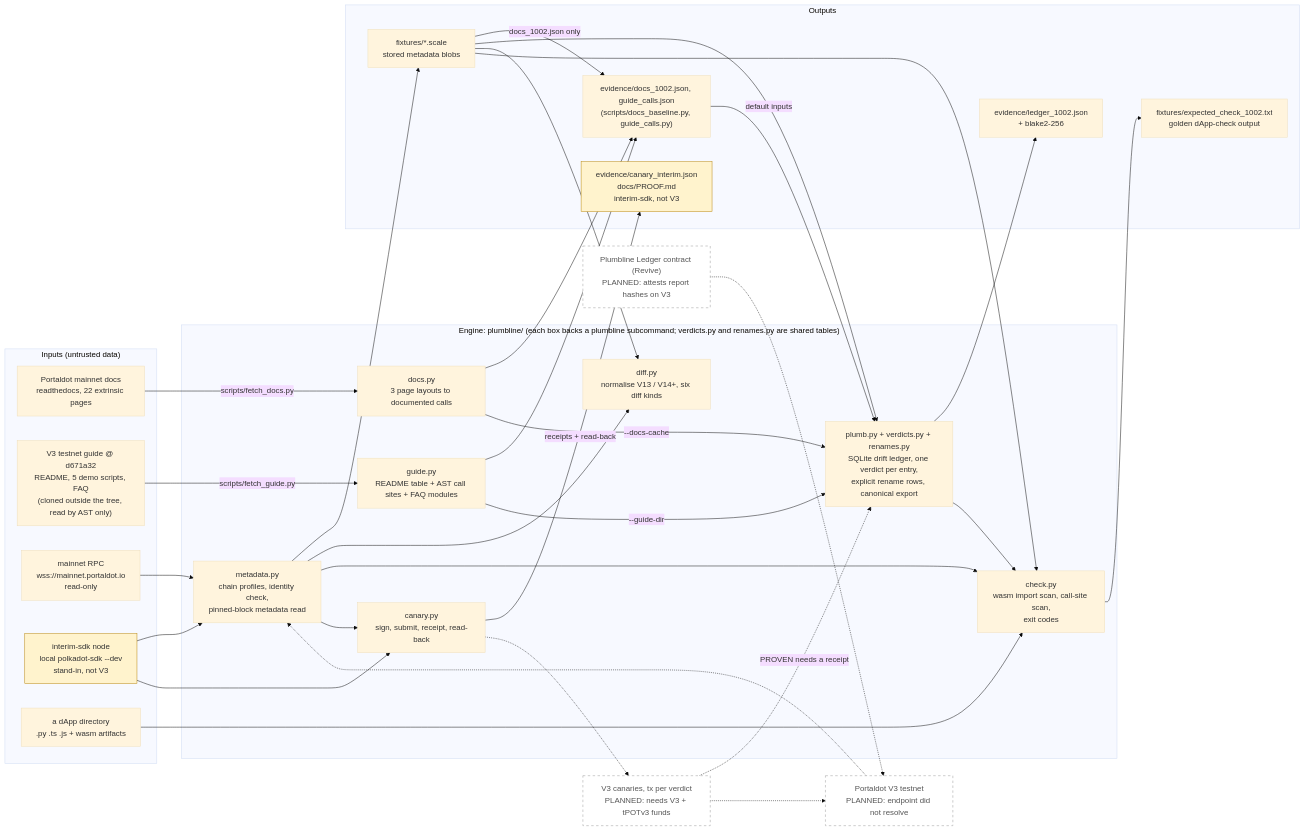
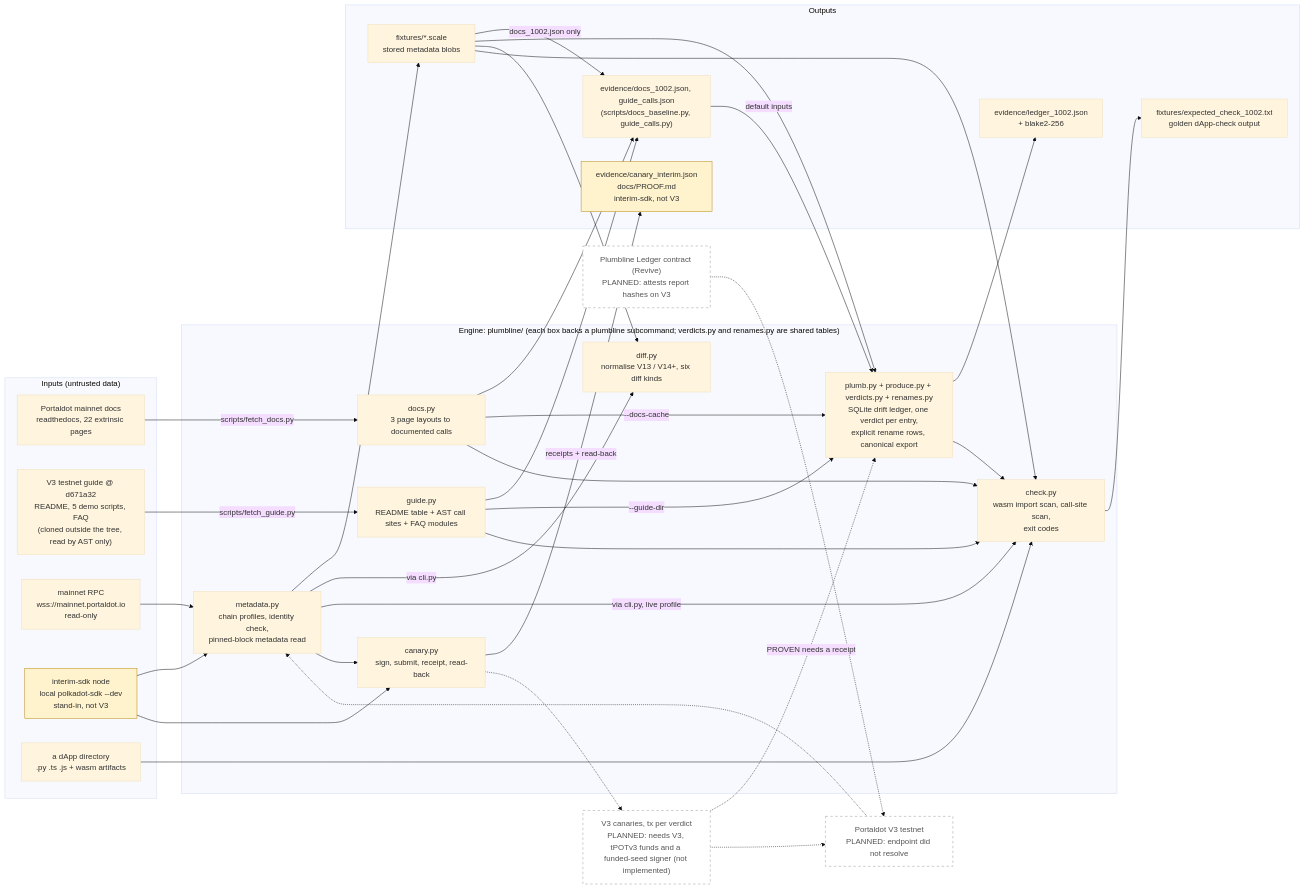
Before and after one commit to edycutjong/portaldot-hackathon-2026-plumbline-edycu: the diagram in README.md, drawn with Mermaid (base theme). The commit also changed other lines of this file and 2 other files, not shown here.

Commit message:
docs: round-3 review fixes — check/diff described as classification with stated limits, wasm-cell exception disclosed, guide-text claim scoped to HEAD, stand-in receipt wording, diagram gains check<-docs/guide edges and produce.py, V3 canary signer marked not implemented

````diff
--- a/README.md
+++ b/README.md
@@ -74,66 +77,68 @@
 ```mermaid
 flowchart LR
     subgraph IN["Inputs (untrusted data)"]
         RTD["Portaldot mainnet docs<br/>readthedocs, 22 extrinsic pages"]
         GD["V3 testnet guide @ d671a32<br/>README, 5 demo scripts, FAQ<br/>(cloned outside the tree, read by AST only)"]
         MAIN["mainnet RPC<br/>wss://mainnet.portaldot.io<br/>read-only"]
         INT["interim-sdk node<br/>local polkadot-sdk --dev<br/>stand-in, not V3"]
         APP["a dApp directory<br/>.py .ts .js + wasm artifacts"]
     end
 
     subgraph ENG["Engine: plumbline/ (each box backs a plumbline subcommand; verdicts.py and renames.py are shared tables)"]
         MD["metadata.py<br/>chain profiles, identity check,<br/>pinned-block metadata read"]
         DOCS["docs.py<br/>3 page layouts to documented calls"]
         GUIDE["guide.py<br/>README table + AST call sites + FAQ modules"]
-        PLUMB["plumb.py + verdicts.py + renames.py<br/>SQLite drift ledger, one verdict per entry,<br/>explicit rename rows, canonical export"]
+        PLUMB["plumb.py + produce.py + verdicts.py + renames.py<br/>SQLite drift ledger, one verdict per entry,<br/>explicit rename rows, canonical export"]
         DIFF["diff.py<br/>normalise V13 / V14+, six diff kinds"]
         CHECK["check.py<br/>wasm import scan, call-site scan,<br/>exit codes"]
         CANARY["canary.py<br/>sign, submit, receipt, read-back"]
     end
 
     subgraph OUT["Outputs"]
         FIX["fixtures/*.scale<br/>stored metadata blobs"]
         TBL["evidence/docs_1002.json, guide_calls.json<br/>(scripts/docs_baseline.py, guide_calls.py)"]
         EVD["evidence/ledger_1002.json<br/>+ blake2-256"]
         GOLD["fixtures/expected_check_1002.txt<br/>golden dApp-check output"]
         PROOF["evidence/canary_interim.json<br/>docs/PROOF.md<br/>interim-sdk, not V3"]
     end
 
     MAIN --> MD
     INT --> MD
     MD --> FIX
     RTD -->|scripts/fetch_docs.py| DOCS
     GD -->|scripts/fetch_guide.py| GUIDE
     DOCS --> TBL
     GUIDE --> TBL
     FIX -->|docs_1002.json only| TBL
     TBL -->|default inputs| PLUMB
     DOCS -->|--docs-cache| PLUMB
     GUIDE -->|--guide-dir| PLUMB
     FIX --> PLUMB
     PLUMB --> EVD
     FIX --> DIFF
-    MD --> DIFF
+    MD -->|via cli.py| DIFF
     FIX --> CHECK
-    MD --> CHECK
+    MD -->|via cli.py, live profile| CHECK
     APP --> CHECK
+    DOCS --> CHECK
+    GUIDE --> CHECK
     PLUMB --> CHECK
     CHECK --> GOLD
     INT --> CANARY
     MD --> CANARY
     CANARY -->|receipts + read-back| PROOF
 
     V3["Portaldot V3 testnet<br/>PLANNED: endpoint did not resolve"]
     LEDGER["Plumbline Ledger contract (Revive)<br/>PLANNED: attests report hashes on V3"]
-    V3CAN["V3 canaries, tx per verdict<br/>PLANNED: needs V3 + tPOTv3 funds"]
+    V3CAN["V3 canaries, tx per verdict<br/>PLANNED: needs V3, tPOTv3 funds and a funded-seed signer (not implemented)"]
     V3 -.-> MD
     CANARY -.-> V3CAN
     V3CAN -.-> V3
     V3CAN -.->|PROVEN needs a receipt| PLUMB
     LEDGER -.-> V3
 
     classDef planned stroke-dasharray: 5 5,fill:#fff,stroke:#999,color:#555
     classDef standin fill:#fff3cd,stroke:#b8860b
     class V3,LEDGER,V3CAN planned
     class INT,PROOF standin
 ```
````
